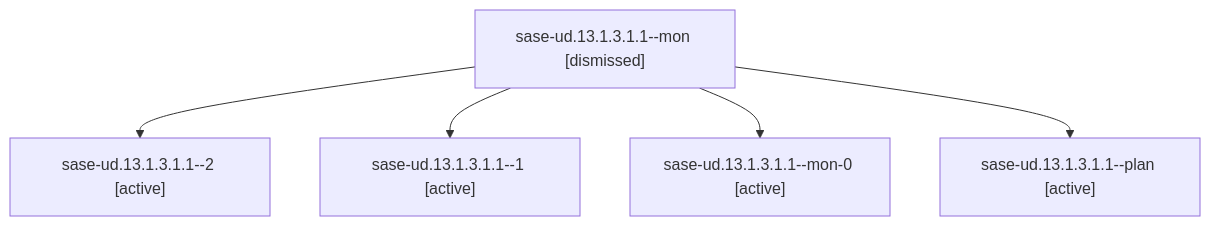
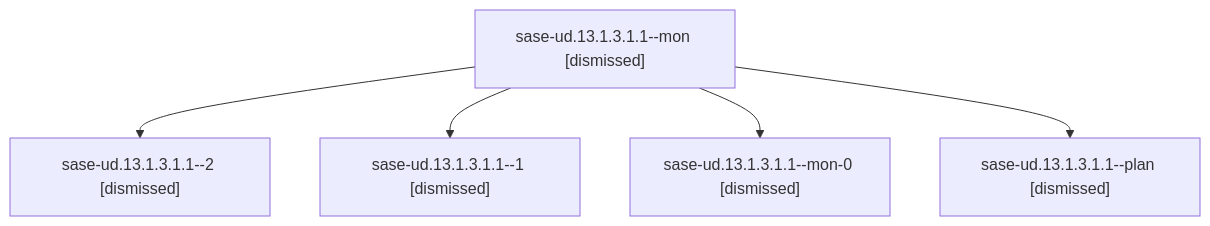
Before and after one commit to sase-org/sase--agents: the diagram in sessions/bbugyi200.athena.sase-ud.13.1.3.1.1.md, drawn with Mermaid. The commit also changed other lines of this file and 380 other files, not shown here.

````diff
--- a/sessions/bbugyi200.athena.sase-ud.13.1.3.1.1.md
+++ b/sessions/bbugyi200.athena.sase-ud.13.1.3.1.1.md
@@ -9,12 +9,12 @@
 ```mermaid
 flowchart TD
   n0["sase-ud.13.1.3.1.1--mon [dismissed]"]
-  n1["sase-ud.13.1.3.1.1--2 [active]"]
+  n1["sase-ud.13.1.3.1.1--2 [dismissed]"]
   n0 --> n1
-  n2["sase-ud.13.1.3.1.1--1 [active]"]
+  n2["sase-ud.13.1.3.1.1--1 [dismissed]"]
   n0 --> n2
-  n3["sase-ud.13.1.3.1.1--mon-0 [active]"]
+  n3["sase-ud.13.1.3.1.1--mon-0 [dismissed]"]
   n0 --> n3
-  n4["sase-ud.13.1.3.1.1--plan [active]"]
+  n4["sase-ud.13.1.3.1.1--plan [dismissed]"]
   n0 --> n4
 ```
````
